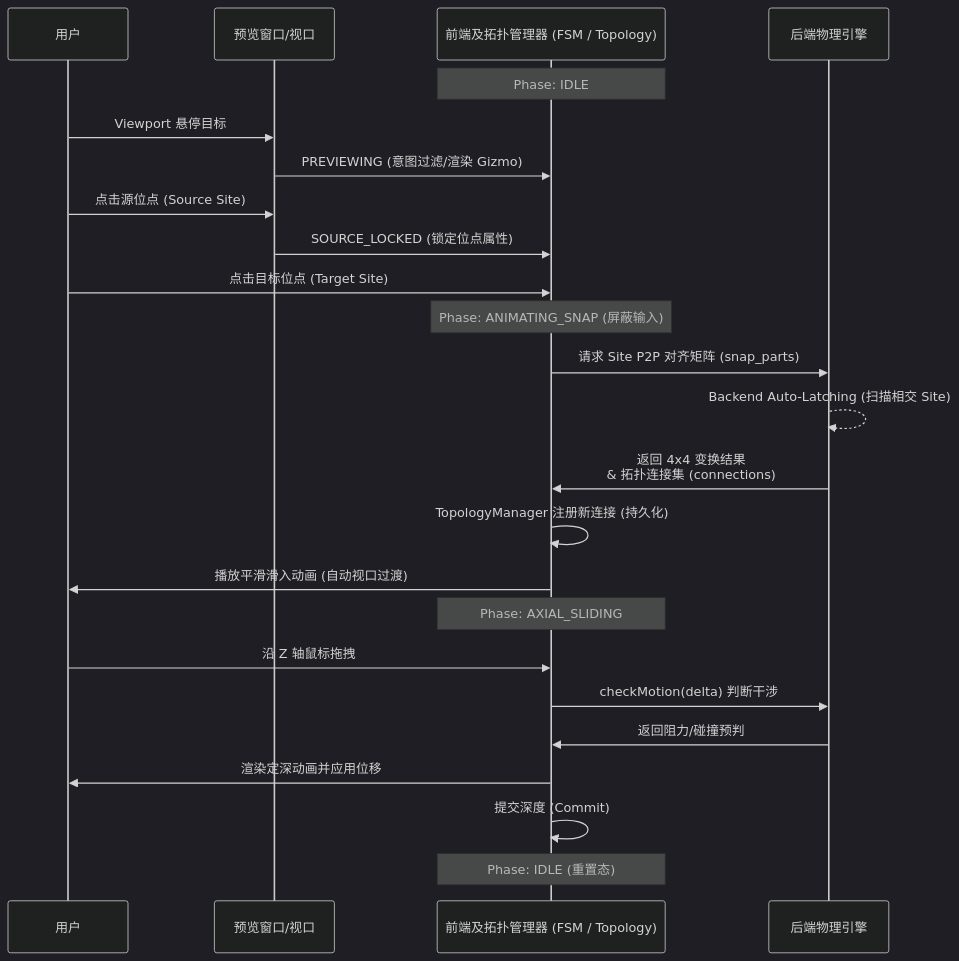
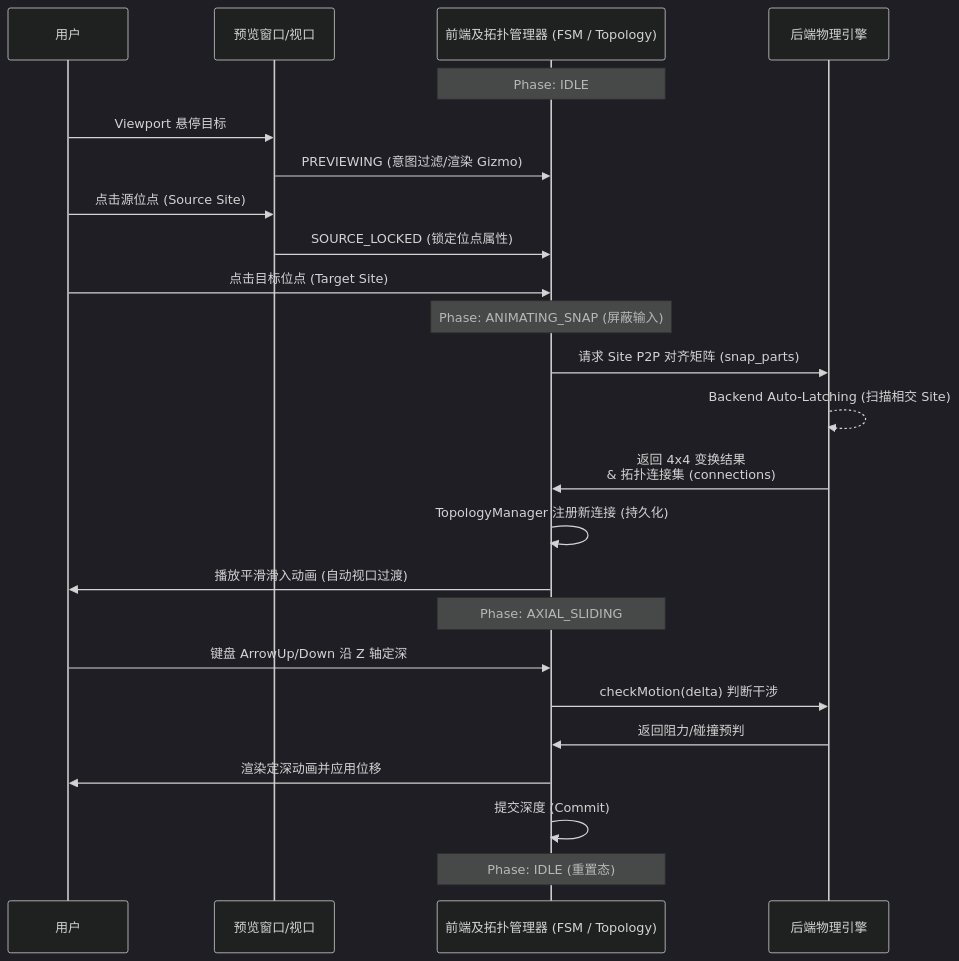
One commit to zhongchao-han/lego_cad_sim changed the diagram in docs/02_system_design/01_assembly_logic_and_algorithms.md. Above: the diagram before and after it, drawn with Mermaid (dark theme). The commit also changed other lines of this file and 19 other files, not shown here.

````diff
--- a/docs/02_system_design/01_assembly_logic_and_algorithms.md
+++ b/docs/02_system_design/01_assembly_logic_and_algorithms.md
@@ -24,38 +24,38 @@
 ```mermaid
 sequenceDiagram
     participant User as 用户
     participant UI as 预览窗口/视口
     participant Store as 前端及拓扑管理器 (FSM / Topology)
     participant Engine as 后端物理引擎
 
     %% Phase 1: 预防与意图锁定
     Note over Store: Phase: IDLE
     User->>UI: Viewport 悬停目标
     UI->>Store: PREVIEWING (意图过滤/渲染 Gizmo)
     User->>UI: 点击源位点 (Source Site)
     UI->>Store: SOURCE_LOCKED (锁定位点属性)
 
     %% Phase 2: 目标锁定与计算请求
     User->>Store: 点击目标位点 (Target Site)
     Note over Store: Phase: ANIMATING_SNAP (屏蔽输入)
     Store->>Engine: 请求 Site P2P 对齐矩阵 (snap_parts)
 
     %% Phase 3: 后端拓扑闭合并下发
     Engine-->>Engine: Backend Auto-Latching (扫描相交 Site)
     Engine->>Store: 返回 4x4 变换结果 <br/> & 拓扑连接集 (connections)
 
     %% Phase 4: 渲染动画与拓扑更新
     Store->>Store: TopologyManager 注册新连接 (持久化)
     Store->>User: 播放平滑滑入动画 (自动视口过渡)
 
     %% Phase 5: 微调验证与提交
     Note over Store: Phase: AXIAL_SLIDING
-    User->>Store: 沿 Z 轴鼠标拖拽
+    User->>Store: 键盘 ArrowUp/Down 沿 Z 轴定深
     Store->>Engine: checkMotion(delta) 判断干涉
     Engine->>Store: 返回阻力/碰撞预判
     Store->>User: 渲染定深动画并应用位移
 
     %% 闭环
     Store->>Store: 提交深度 (Commit)
     Note over Store: Phase: IDLE (重置态)
 ```
````
